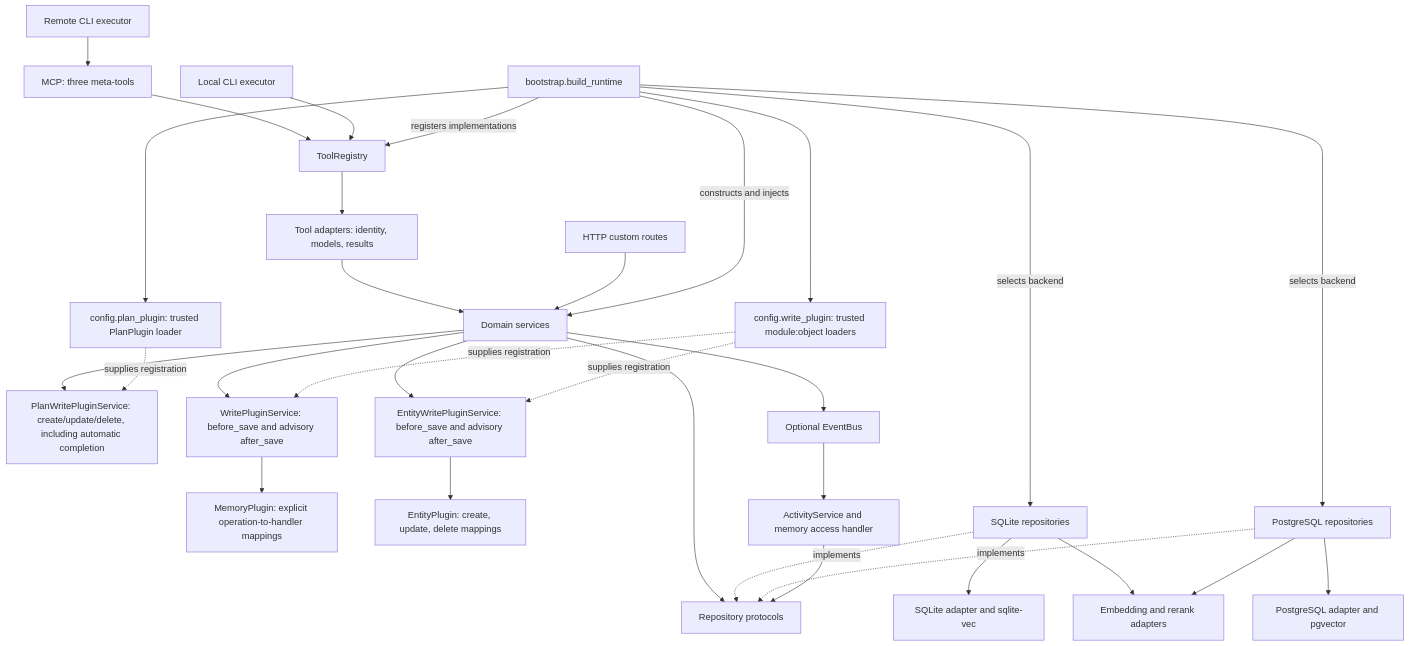
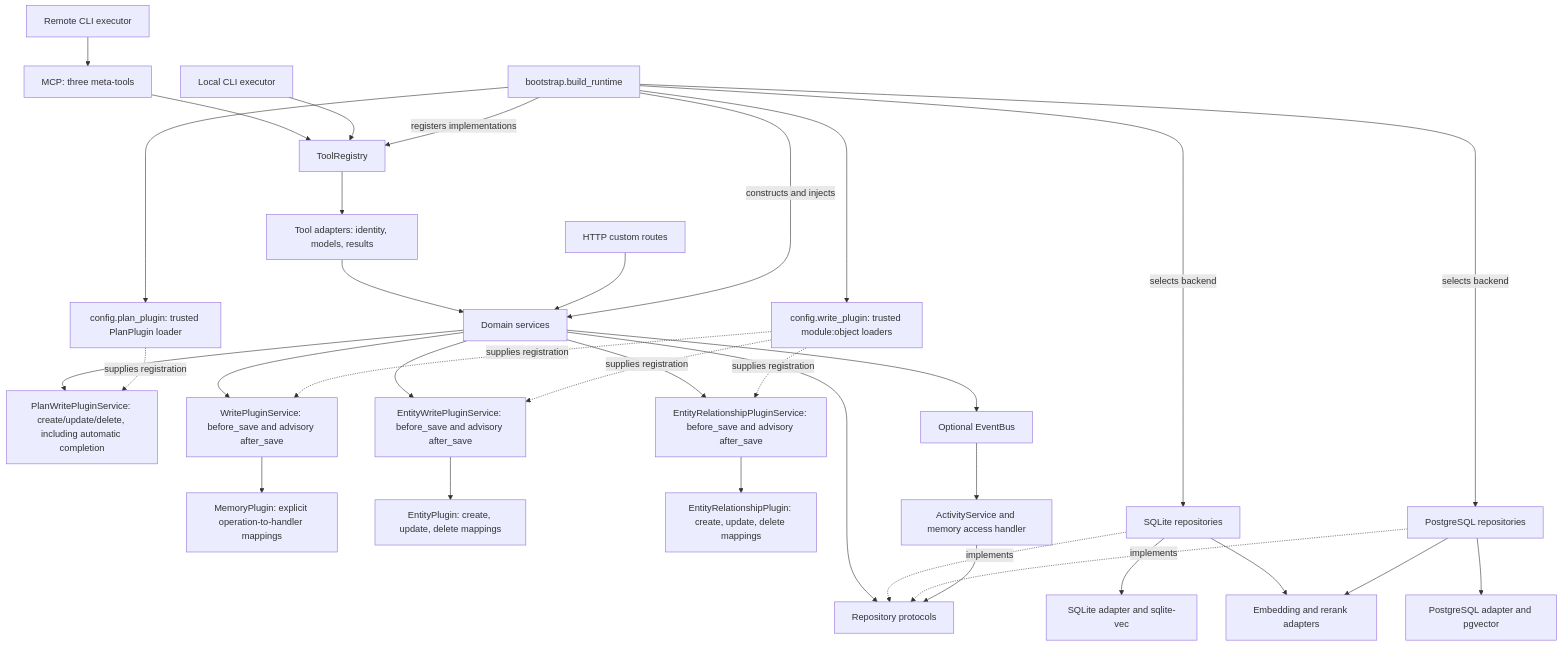
The diagram in architecture.md (ScottRBK/forgetful), drawn with Mermaid before and after one commit. The commit also changed other lines of this file and 28 other files, not shown here.

First line of the commit message:
feat: add before-save and after-save Entity Relationship Plugin hooks

````diff
--- a/architecture.md
+++ b/architecture.md
@@ -17,33 +17,36 @@
 ```mermaid
 flowchart TD
     MCP["MCP: three meta-tools"] --> Registry["ToolRegistry"]
     Local["Local CLI executor"] --> Registry
     Remote["Remote CLI executor"] --> MCP
     Registry --> ToolAdapters["Tool adapters: identity, models, results"]
     ToolAdapters --> Services["Domain services"]
     HTTP["HTTP custom routes"] --> Services
     Services --> Contracts["Repository protocols"]
     Services --> PlanPlugin["PlanWritePluginService: create/update/delete, including automatic completion"]
     Bootstrap --> PlanLoader["config.plan_plugin: trusted PlanPlugin loader"]
     PlanLoader -. supplies registration .-> PlanPlugin
     Services --> WritePlugin["WritePluginService: before_save and advisory after_save"]
     WritePlugin --> Callable["MemoryPlugin: explicit operation-to-handler mappings"]
     Services --> EntityWritePlugin["EntityWritePluginService: before_save and advisory after_save"]
     EntityWritePlugin --> EntityCallable["EntityPlugin: create, update, delete mappings"]
+    Services --> RelationshipPlugin["EntityRelationshipPluginService: before_save and advisory after_save"]
+    RelationshipPlugin --> RelationshipCallable["EntityRelationshipPlugin: create, update, delete mappings"]
     Bootstrap --> Loader["config.write_plugin: trusted module:object loaders"]
     Loader -. supplies registration .-> WritePlugin
     Loader -. supplies registration .-> EntityWritePlugin
+    Loader -. supplies registration .-> RelationshipPlugin
     SQLite["SQLite repositories"] -. implements .-> Contracts
     Postgres["PostgreSQL repositories"] -. implements .-> Contracts
     SQLite --> SQLiteDB["SQLite adapter and sqlite-vec"]
     Postgres --> PostgresDB["PostgreSQL adapter and pgvector"]
     SQLite --> Providers["Embedding and rerank adapters"]
     Postgres --> Providers
     Services --> Events["Optional EventBus"]
     Events --> Activity["ActivityService and memory access handler"]
     Activity --> Contracts
     Bootstrap["bootstrap.build_runtime"] -->|constructs and injects| Services
     Bootstrap -->|registers implementations| Registry
     Bootstrap -->|selects backend| SQLite
     Bootstrap -->|selects backend| Postgres
 ```
````
